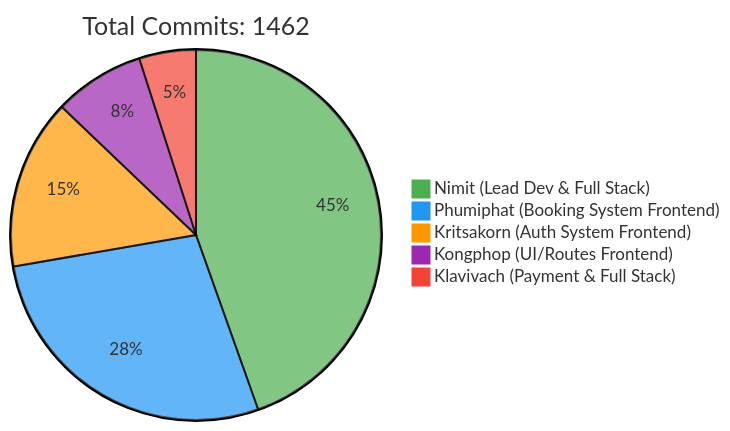
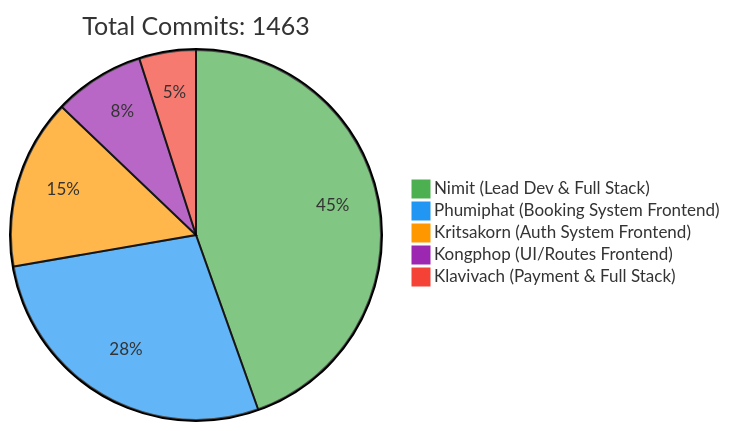
One commit to 6531503042/Sport-Complex changed the first of 2 diagrams in README.md. Above: the diagram before and after it, drawn with Mermaid. The commit also changed other lines of this file, not shown here.

Commit message:
docs: Update contributor statistics [skip ci]

````diff
--- a/README.md
+++ b/README.md
@@ -257,10 +257,10 @@
 ```mermaid
 %%{init: {'theme': 'base', 'themeVariables': { 'pie1': '#4CAF50', 'pie2': '#2196F3', 'pie3': '#FF9800', 'pie4': '#9C27B0', 'pie5': '#F44336'}}}%%
 pie
-    title Total Commits: 1462
+    title Total Commits: 1463
     "Nimit (Lead Dev & Full Stack)" : 450
     "Phumiphat (Booking System Frontend)" : 280
     "Kritsakorn (Auth System Frontend)" : 150
     "Kongphop (UI/Routes Frontend)" : 80
     "Klavivach (Payment & Full Stack)" : 50
 ```
````
